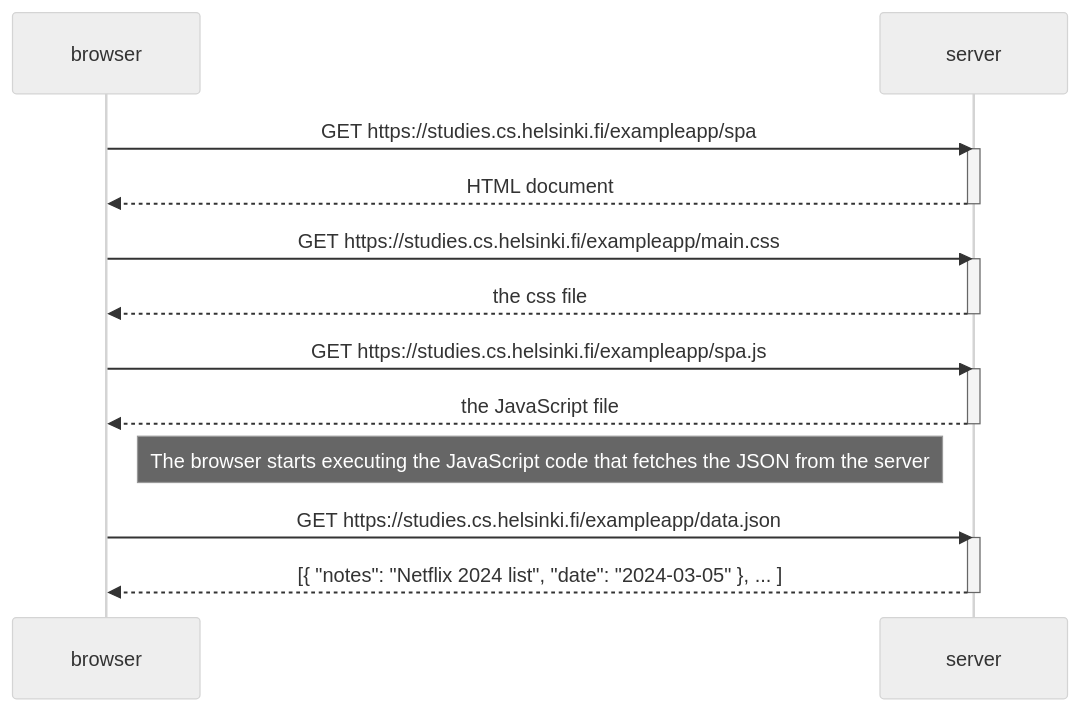
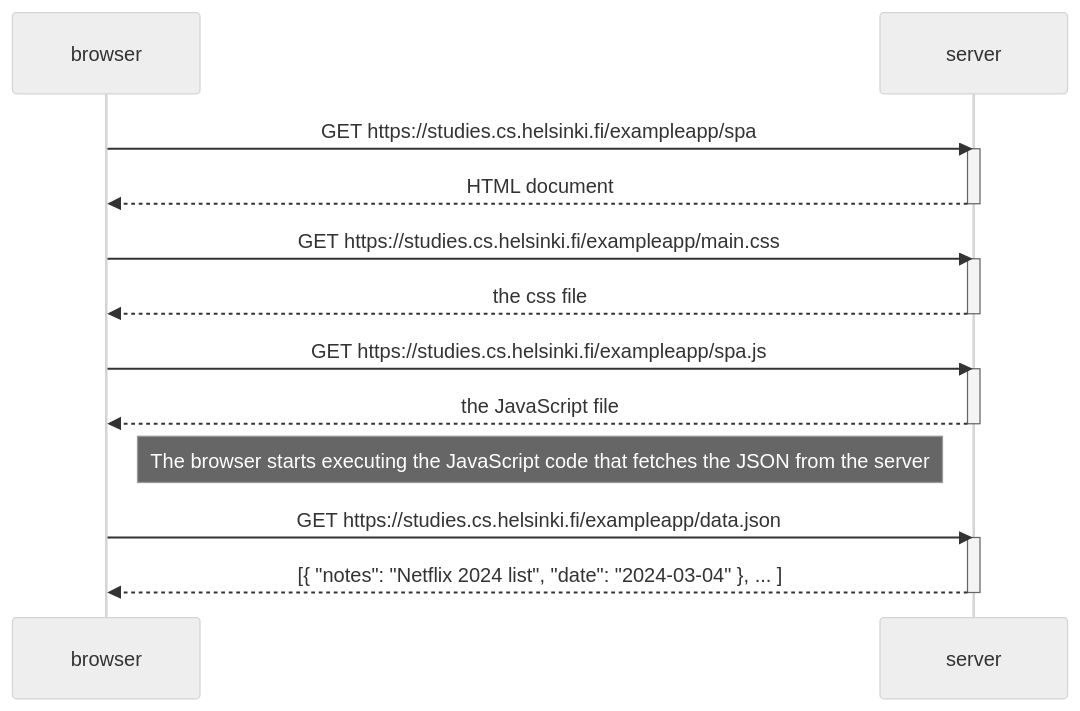
One commit to shabiraputri/Excercise-Assignment-web-development changed the diagram in 0.5.md. Above: the diagram before and after it, drawn with Mermaid (neutral theme).

````diff
--- a/0.5.md
+++ b/0.5.md
@@ -1,28 +1,28 @@
 ```mermaid
 
     sequenceDiagram
     participant browser
     participant server
 
     browser->>server: GET https://studies.cs.helsinki.fi/exampleapp/spa
     activate server
     server-->>browser: HTML document
     deactivate server
 
     browser->>server: GET https://studies.cs.helsinki.fi/exampleapp/main.css
     activate server
     server-->>browser: the css file
     deactivate server
 
     browser->>server: GET https://studies.cs.helsinki.fi/exampleapp/spa.js
     activate server
     server-->>browser: the JavaScript file
     deactivate server
 
     Note right of browser: The browser starts executing the JavaScript code that fetches the JSON from the server
 
     browser->>server: GET https://studies.cs.helsinki.fi/exampleapp/data.json
     activate server
-    server-->>browser: [{ "notes": "Netflix 2024 list", "date": "2024-03-05" }, ... ]
+    server-->>browser: [{ "notes": "Netflix 2024 list", "date": "2024-03-04" }, ... ]
     deactivate server
 ```
````
